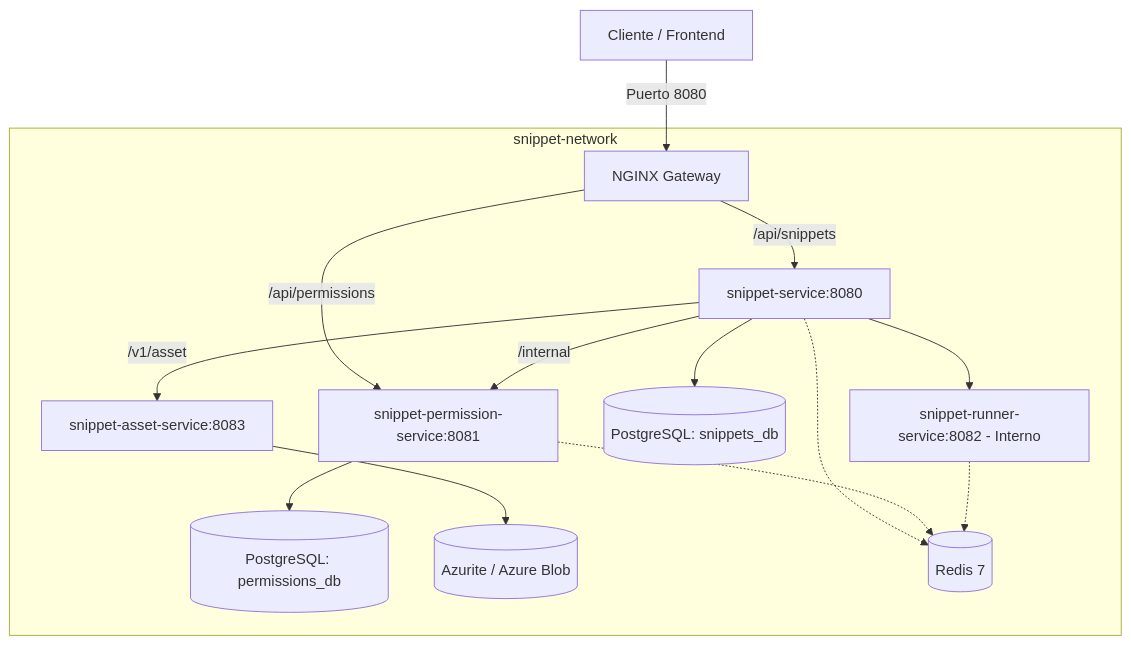
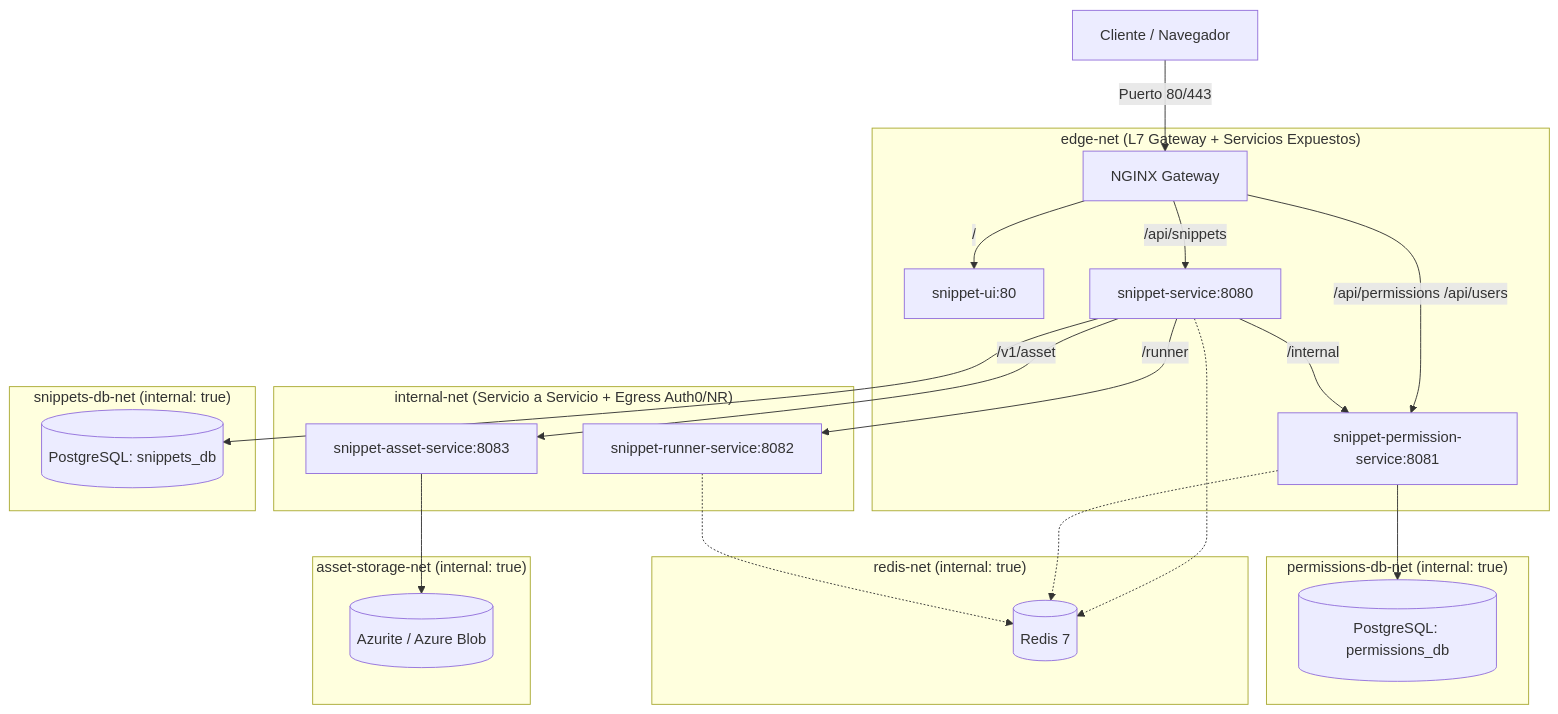
Before and after one commit to IngsisMac/snippet-infra: the diagram in README.md, drawn with Mermaid. The commit also changed other lines of this file and 7 other files, not shown here.

````diff
--- a/README.md
+++ b/README.md
@@ -7,22 +7,34 @@
 ```mermaid
 graph TD
-    Client[Cliente / Frontend] -->|Puerto 8080| Gateway[NGINX Gateway]
-    
-    subgraph Red Docker [snippet-network]
+    Client[Cliente / Navegador] -->|Puerto 80/443| Gateway[NGINX Gateway]
+
+    subgraph EdgeNet ["edge-net (L7 Gateway + Servicios Expuestos)"]
+        Gateway -->|"/"| UI[snippet-ui:80]
         Gateway -->|/api/snippets| SnippetSvc[snippet-service:8080]
-        Gateway -->|/api/permissions| PermSvc[snippet-permission-service:8081]
+        Gateway -->|/api/permissions /api/users| PermSvc[snippet-permission-service:8081]
+    end
+
+    subgraph InternalNet ["internal-net (Servicio a Servicio + Egress Auth0/NR)"]
+        SnippetSvc -->|/internal| PermSvc
+        SnippetSvc -->|/runner| RunnerSvc[snippet-runner-service:8082]
         SnippetSvc -->|/v1/asset| AssetSvc[snippet-asset-service:8083]
-        SnippetSvc -->|/internal| PermSvc
-        
-        SnippetSvc --> SnippetsDB[(PostgreSQL: snippets_db)]
-        PermSvc --> PermDB[(PostgreSQL: permissions_db)]
-        AssetSvc --> Azurite[(Azurite / Azure Blob)]
-        
+    end
+
+    subgraph RedisNet ["redis-net (internal: true)"]
         SnippetSvc -.-> Redis[(Redis 7)]
         PermSvc -.-> Redis
-        
-        ParserSvc[snippet-runner-service:8082 - Interno]
-        ParserSvc -.-> Redis
-        SnippetSvc --> ParserSvc
+        RunnerSvc -.-> Redis
+    end
+
+    subgraph SnippetsDBNet ["snippets-db-net (internal: true)"]
+        SnippetSvc --> SnippetsDB[(PostgreSQL: snippets_db)]
+    end
+
+    subgraph PermDBNet ["permissions-db-net (internal: true)"]
+        PermSvc --> PermDB[(PostgreSQL: permissions_db)]
+    end
+
+    subgraph AssetNet ["asset-storage-net (internal: true)"]
+        AssetSvc --> Azurite[(Azurite / Azure Blob)]
     end
 ```
````
